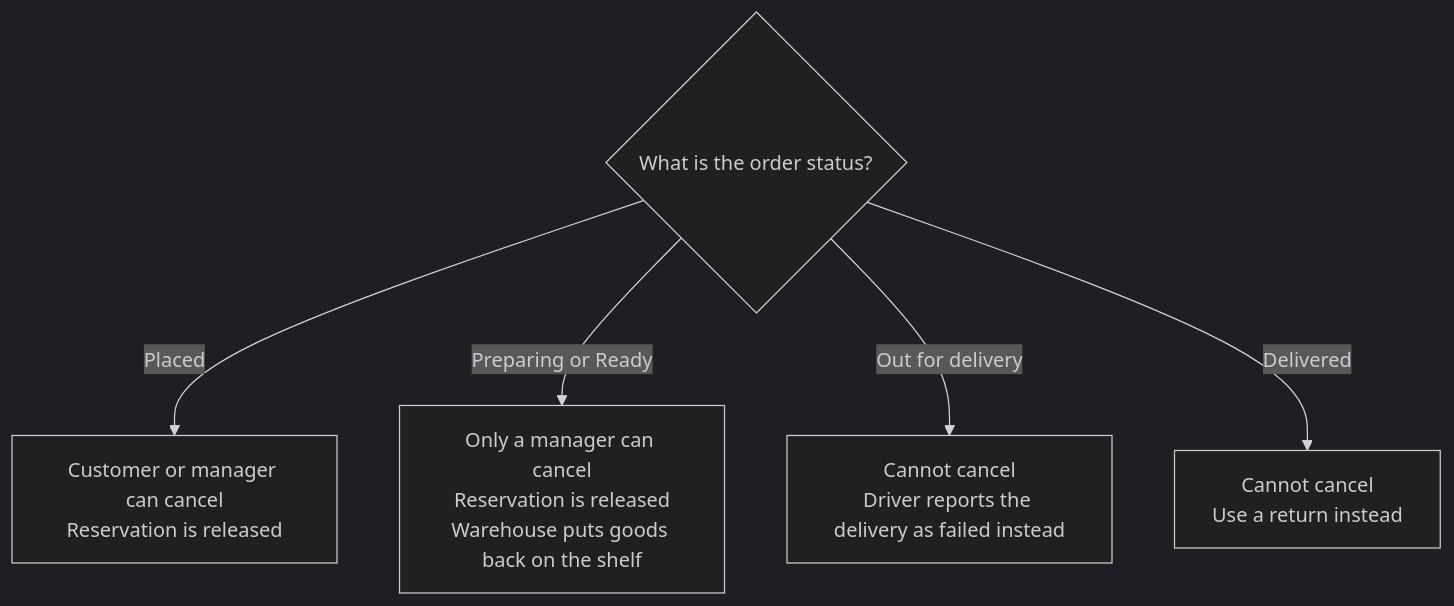
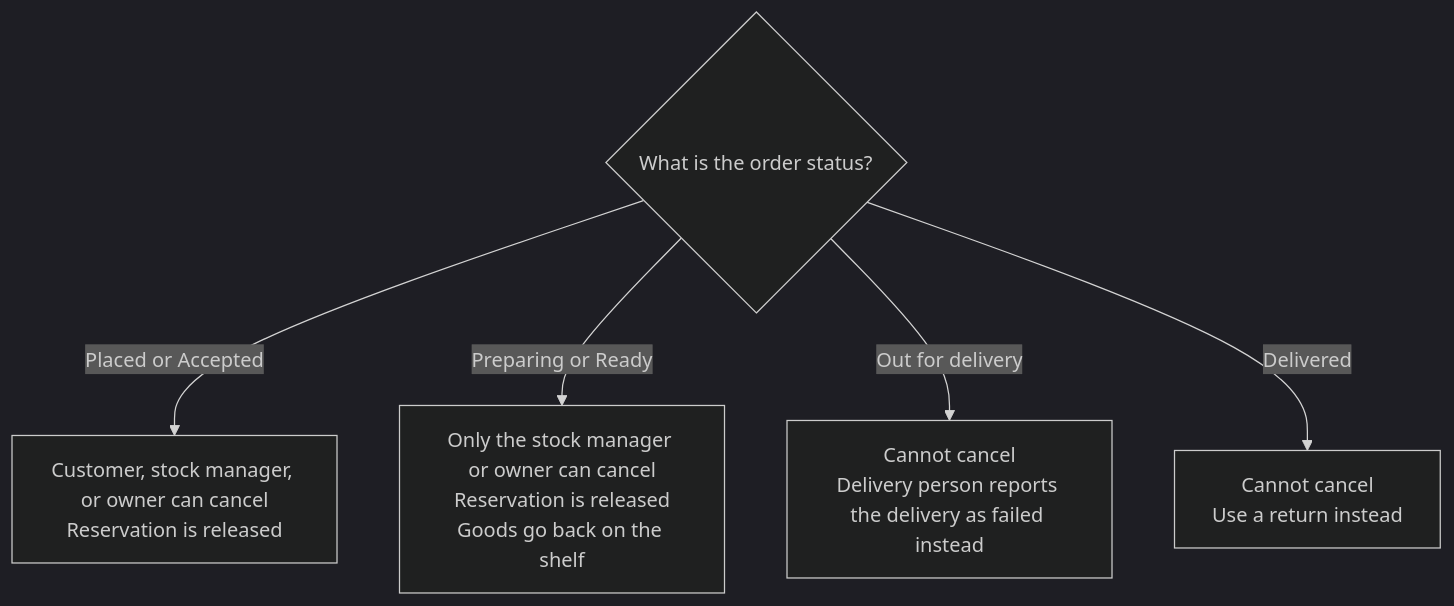
The fourth of 4 diagrams in docs/workflows/01-order-lifecycle.md (AhmedElnagarUU/Cosmo), drawn with Mermaid (dark theme) before and after one commit. The commit also changed other lines of this file and 33 other files, not shown here.

````diff
--- a/docs/workflows/01-order-lifecycle.md
+++ b/docs/workflows/01-order-lifecycle.md
@@ -85,8 +118,8 @@
 ```mermaid
 flowchart TD
     Q1{What is the order status?}
-    Q1 -- Placed --> R1[Customer or manager can cancel<br/>Reservation is released]
-    Q1 -- Preparing or Ready --> R2[Only a manager can cancel<br/>Reservation is released<br/>Warehouse puts goods back on the shelf]
-    Q1 -- Out for delivery --> R3[Cannot cancel<br/>Driver reports the delivery as failed instead]
+    Q1 -- Placed or Accepted --> R1[Customer, stock manager, or owner can cancel<br/>Reservation is released]
+    Q1 -- Preparing or Ready --> R2[Only the stock manager or owner can cancel<br/>Reservation is released<br/>Goods go back on the shelf]
+    Q1 -- Out for delivery --> R3[Cannot cancel<br/>Delivery person reports the delivery as failed instead]
     Q1 -- Delivered --> R4[Cannot cancel<br/>Use a return instead]
 ```
````
